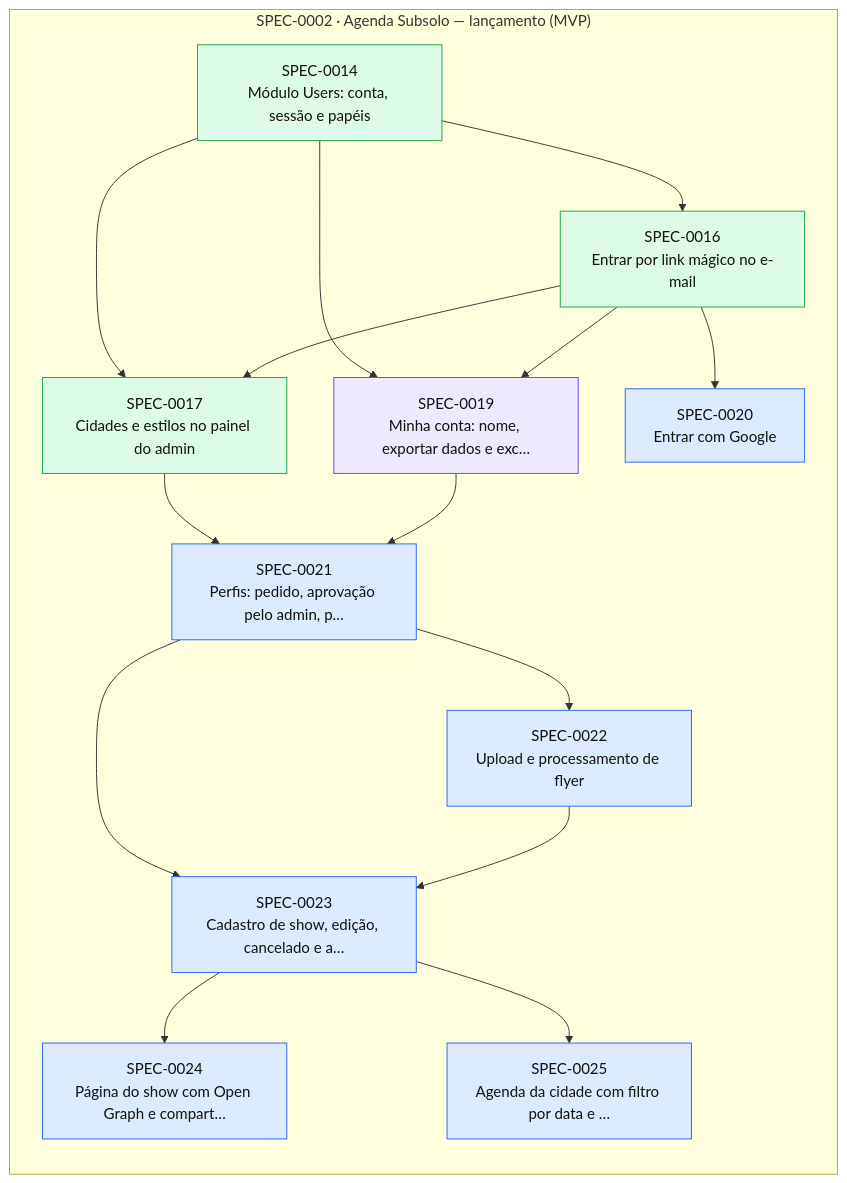
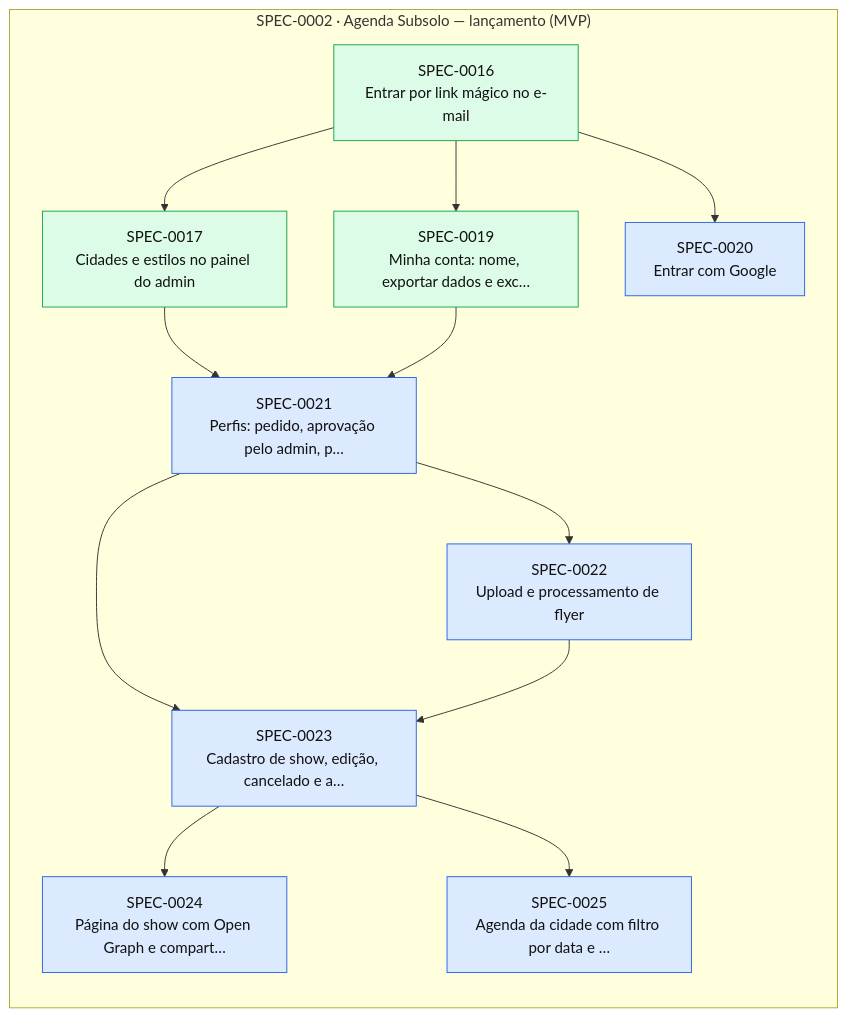
One commit to thomasravache/subsolo changed the diagram in docs/specs/INDEX.md. Above: the diagram before and after it, drawn with Mermaid. The commit also changed other lines of this file and 2 other files, not shown here.

First line of the commit message:
docs(sdd): close wave 5 (SPEC-0019)

````diff
--- a/docs/specs/INDEX.md
+++ b/docs/specs/INDEX.md
@@ -71,33 +70,29 @@
 ```mermaid
 flowchart LR
   subgraph E0002["SPEC-0002 · Agenda Subsolo — lançamento (MVP)"]
-    S0014["SPEC-0014<br/>Módulo Users: conta, sessão e papéis"]:::implemented
     S0016["SPEC-0016<br/>Entrar por link mágico no e-mail"]:::implemented
     S0017["SPEC-0017<br/>Cidades e estilos no painel do admin"]:::implemented
-    S0019["SPEC-0019<br/>Minha conta: nome, exportar dados e exc…"]:::inprogress
+    S0019["SPEC-0019<br/>Minha conta: nome, exportar dados e exc…"]:::implemented
     S0020["SPEC-0020<br/>Entrar com Google"]:::approved
     S0021["SPEC-0021<br/>Perfis: pedido, aprovação pelo admin, p…"]:::approved
     S0022["SPEC-0022<br/>Upload e processamento de flyer"]:::approved
     S0023["SPEC-0023<br/>Cadastro de show, edição, cancelado e a…"]:::approved
     S0024["SPEC-0024<br/>Página do show com Open Graph e compart…"]:::approved
     S0025["SPEC-0025<br/>Agenda da cidade com filtro por data e …"]:::approved
   end
-  S0014 --> S0016
-  S0014 --> S0017
   S0016 --> S0017
-  S0014 --> S0019
   S0016 --> S0019
   S0016 --> S0020
   S0017 --> S0021
   S0019 --> S0021
   S0021 --> S0022
   S0021 --> S0023
   S0022 --> S0023
   S0023 --> S0024
   S0023 --> S0025
   classDef proposed fill:#fef3c7,stroke:#d97706,color:#111
   classDef approved fill:#dbeafe,stroke:#2563eb,color:#111
   classDef inprogress fill:#ede9fe,stroke:#7c3aed,color:#111
   classDef implemented fill:#dcfce7,stroke:#16a34a,color:#111
   classDef deprecated fill:#f3f4f6,stroke:#9ca3af,color:#6b7280
 ```
````
